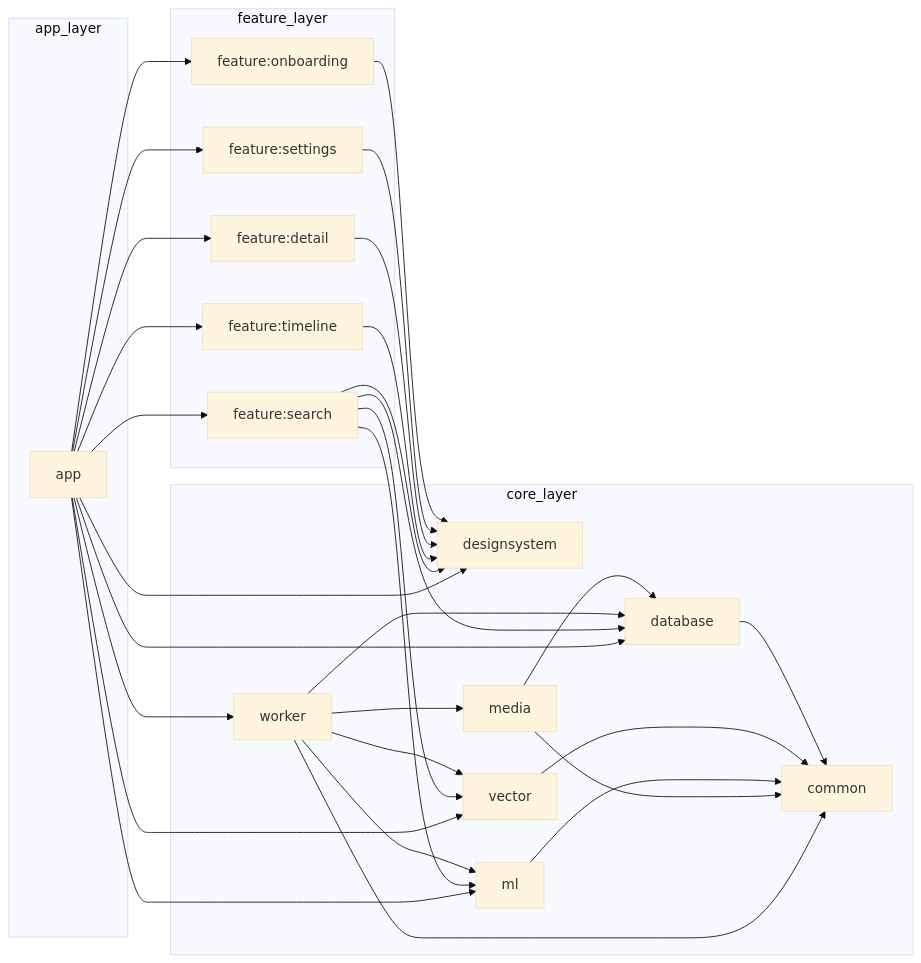
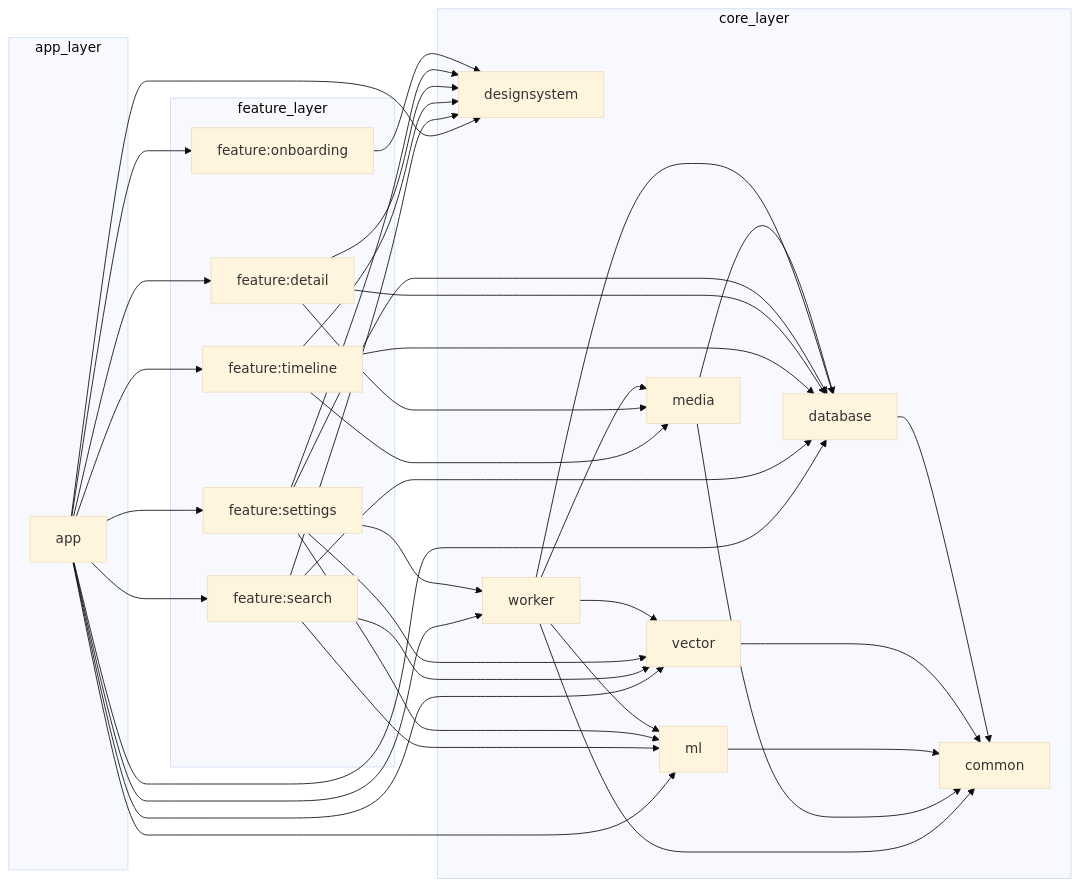
Before and after one commit to Fr4lzeN/Recall: the first of 6 diagrams in docs/ARCHITECTURE.md, drawn with Mermaid (base theme). The commit also changed other lines of this file and 3 other files, not shown here.

Commit message:
Phase 11 - Documentation Agent: add README, architecture docs, and update project state

````diff
--- a/docs/ARCHITECTURE.md
+++ b/docs/ARCHITECTURE.md
@@ -14,34 +14,34 @@
 ```mermaid
 flowchart LR
     subgraph app_layer
         APP[app]
     end
     subgraph feature_layer
         FS[feature:search]
         FT[feature:timeline]
         FD[feature:detail]
         FSET[feature:settings]
         FO[feature:onboarding]
     end
     subgraph core_layer
         CC[common]
         CD[database]
         CDS[designsystem]
         CM[media]
         CML[ml]
         CV[vector]
         CW[worker]
     end
     APP --> FS & FT & FD & FSET & FO
     APP --> CD & CML & CV & CW & CDS
     FS --> CD & CML & CV & CDS
-    FT --> CDS
-    FD --> CDS
-    FSET --> CDS
+    FT --> CD & CM & CDS
+    FD --> CD & CM & CDS
+    FSET --> CD & CML & CV & CW & CDS
     FO --> CDS
     CW --> CC & CD & CM & CML & CV
     CM --> CC & CD
     CML --> CC
     CV --> CC
     CD --> CC
 ```
````
